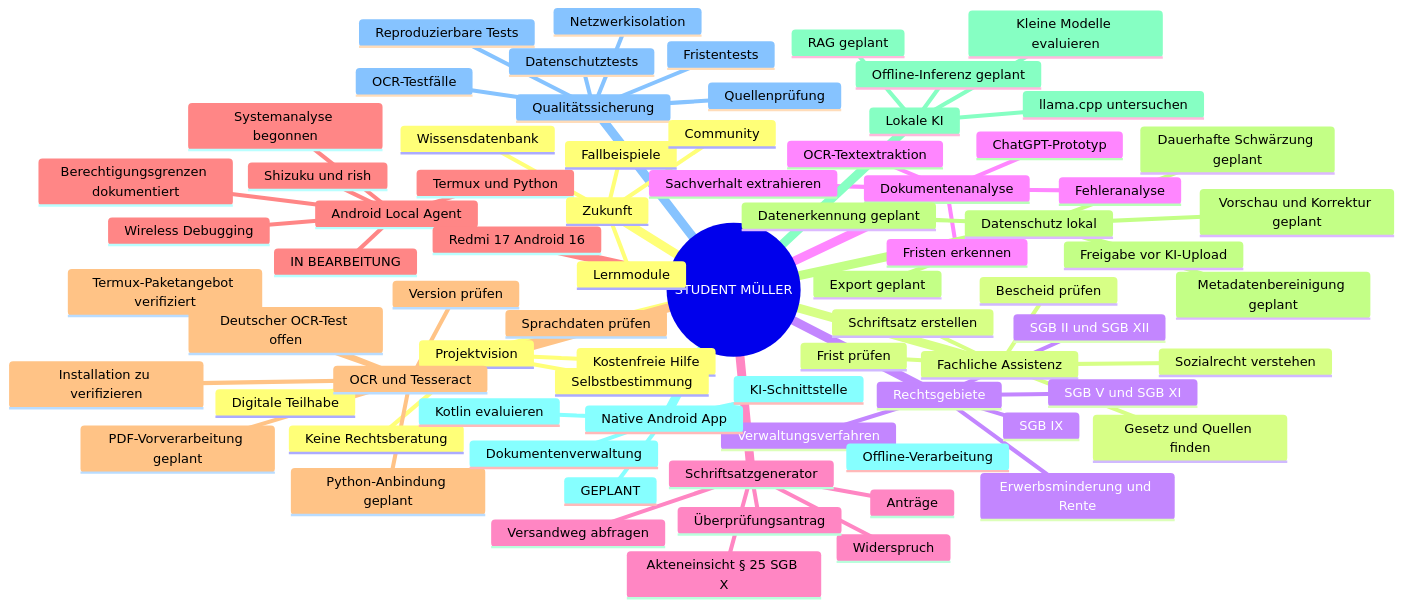
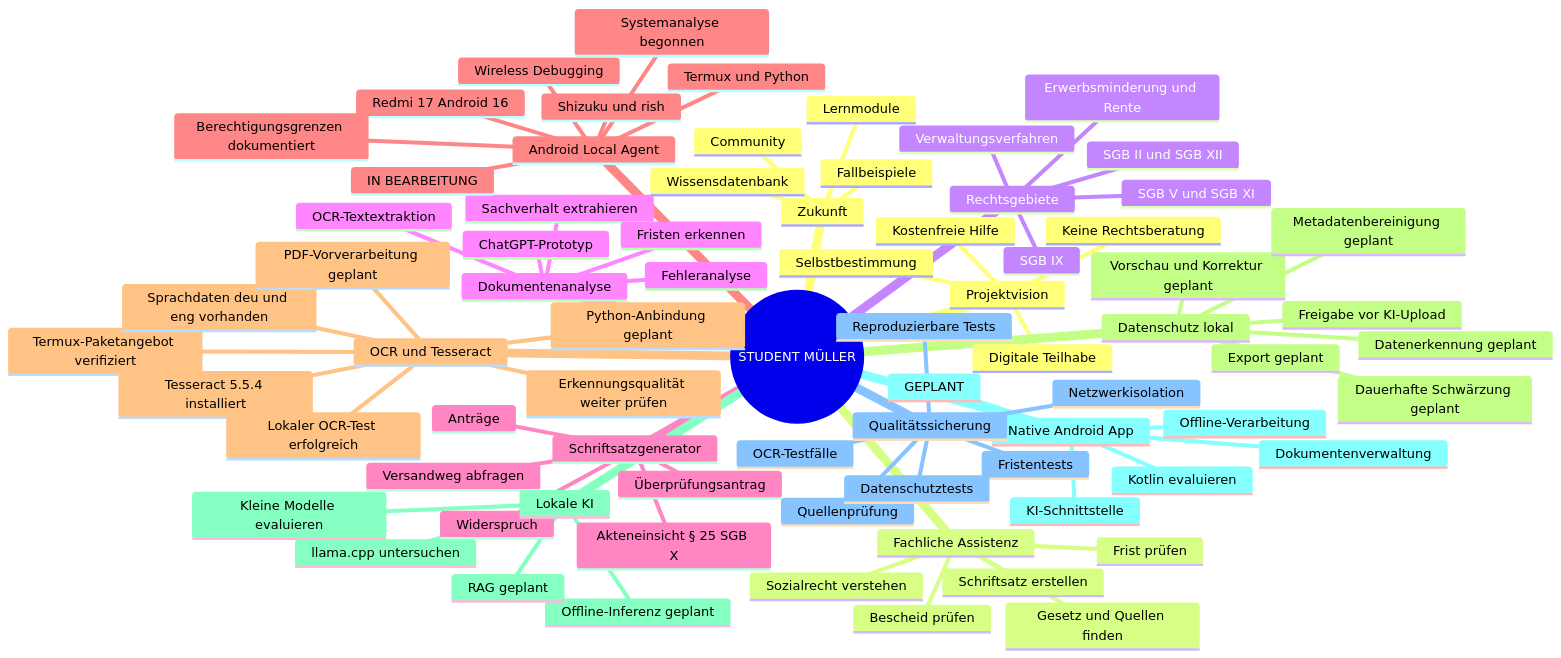
Before and after one commit to samysmurf/Student-Mueller: the diagram in mindmap/MINDMAP_V1.3.md, drawn with Mermaid. The commit also changed other lines of this file, not shown here.

Commit message:
Embed mindmap image and correct OCR status

````diff
--- a/mindmap/MINDMAP_V1.3.md
+++ b/mindmap/MINDMAP_V1.3.md
@@ -12,79 +18,79 @@
 ```mermaid
 mindmap
   root((STUDENT MÜLLER))
     Projektvision
       Kostenfreie Hilfe
       Digitale Teilhabe
       Selbstbestimmung
       Keine Rechtsberatung
     Fachliche Assistenz
       Sozialrecht verstehen
       Bescheid prüfen
       Schriftsatz erstellen
       Frist prüfen
       Gesetz und Quellen finden
     Rechtsgebiete
       SGB II und SGB XII
       SGB V und SGB XI
       SGB IX
       Erwerbsminderung und Rente
       Verwaltungsverfahren
     Dokumentenanalyse
       ChatGPT-Prototyp
       OCR-Textextraktion
       Sachverhalt extrahieren
       Fehleranalyse
       Fristen erkennen
     Schriftsatzgenerator
       Anträge
       Widerspruch
       Überprüfungsantrag
       Akteneinsicht § 25 SGB X
       Versandweg abfragen
     Android Local Agent
       IN BEARBEITUNG
       Redmi 17 Android 16
       Termux und Python
       Wireless Debugging
       Shizuku und rish
       Systemanalyse begonnen
       Berechtigungsgrenzen dokumentiert
     OCR und Tesseract
       Termux-Paketangebot verifiziert
-      Installation zu verifizieren
-      Version prüfen
-      Sprachdaten prüfen
-      Deutscher OCR-Test offen
+      Tesseract 5.5.4 installiert
+      Sprachdaten deu und eng vorhanden
+      Lokaler OCR-Test erfolgreich
+      Erkennungsqualität weiter prüfen
       Python-Anbindung geplant
       PDF-Vorverarbeitung geplant
     Datenschutz lokal
       Datenerkennung geplant
       Vorschau und Korrektur geplant
       Dauerhafte Schwärzung geplant
       Metadatenbereinigung geplant
       Export geplant
       Freigabe vor KI-Upload
     Lokale KI
       llama.cpp untersuchen
       Kleine Modelle evaluieren
       Offline-Inferenz geplant
       RAG geplant
     Native Android App
       GEPLANT
       Kotlin evaluieren
       Dokumentenverwaltung
       Offline-Verarbeitung
       KI-Schnittstelle
     Qualitätssicherung
       Quellenprüfung
       Fristentests
       OCR-Testfälle
       Datenschutztests
       Netzwerkisolation
       Reproduzierbare Tests
     Zukunft
       Wissensdatenbank
       Lernmodule
       Fallbeispiele
       Community
 ```
````
